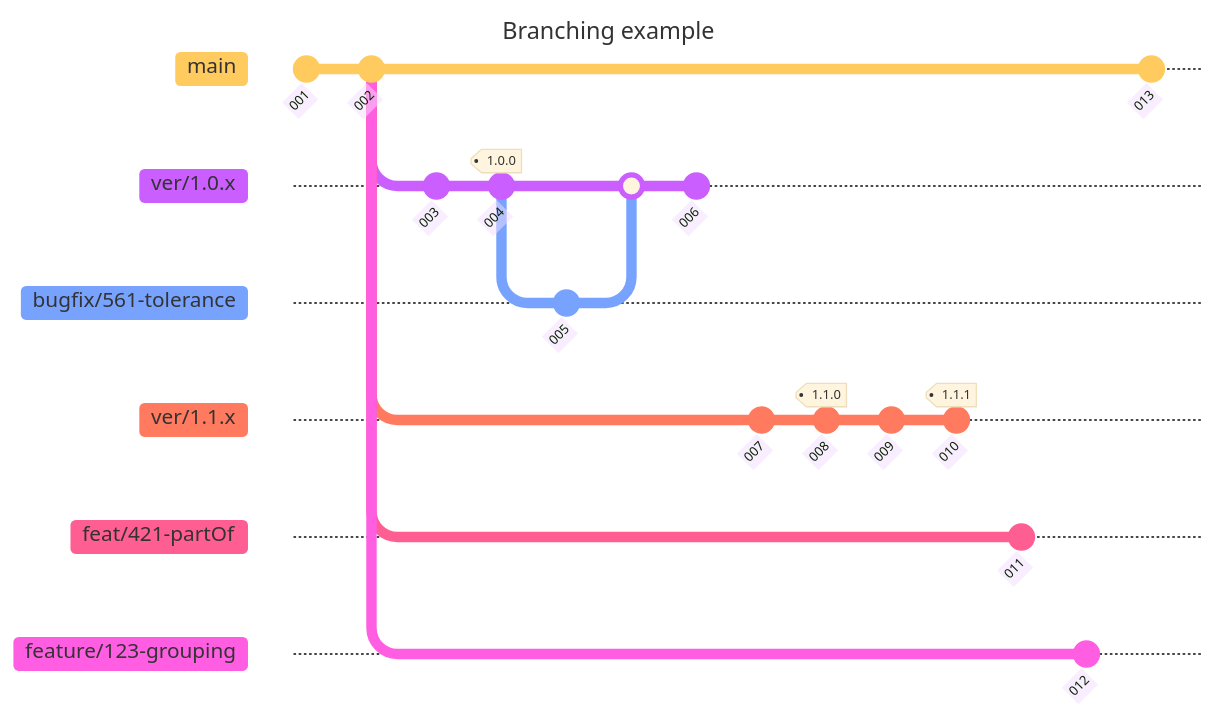
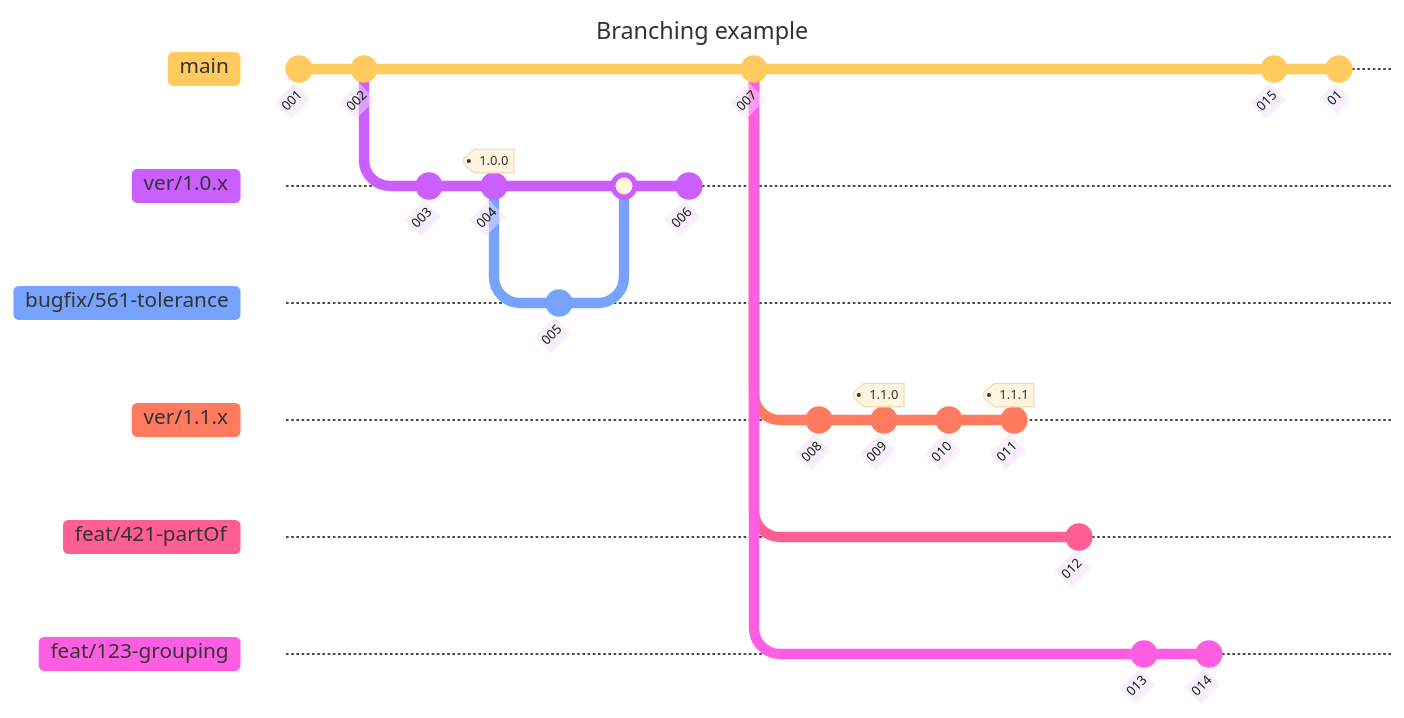
Before and after one commit to buildingSMART/template: the diagram in .github/BRANCHING.md, drawn with Mermaid. The commit also changed other lines of this file, not shown here.

````diff
--- a/.github/BRANCHING.md
+++ b/.github/BRANCHING.md
@@ -32,37 +32,40 @@
 ```mermaid
 ---
 title: Branching example
 config:
   theme: 'base'
 ---
 gitGraph
    commit id: "001"
    commit id: "002"
    branch ver/1.0.x
    checkout ver/1.0.x
    commit id: "003"
    commit id: "004" tag: "1.0.0"
    branch bugfix/561-tolerance
    checkout bugfix/561-tolerance
    commit id: "005"
    checkout ver/1.0.x
    merge bugfix/561-tolerance
    commit id: "006"
    checkout main
+   commit id: "007"
    branch ver/1.1.x 
    checkout ver/1.1.x 
-   commit id: "007"
-   commit id: "008" tag: "1.1.0"
-   commit id: "009"
-   commit id: "010" tag: "1.1.1"
+   commit id: "008"
+   commit id: "009" tag: "1.1.0"
+   commit id: "010"
+   commit id: "011" tag: "1.1.1"
    checkout main
    branch feat/421-partOf
    checkout feat/421-partOf
-   commit id: "011"
+   commit id: "012"
    checkout main
-   branch feature/123-grouping
-   checkout feature/123-grouping
-   commit id: "012"
+   branch feat/123-grouping
+   checkout feat/123-grouping
+   commit id: "013"
+   commit id: "014"
    checkout main   
-   commit id: "013"
+   commit id: "015"
+   commit id: "01"
 ```
````
